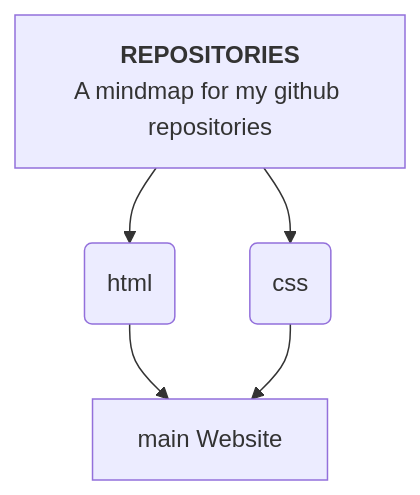
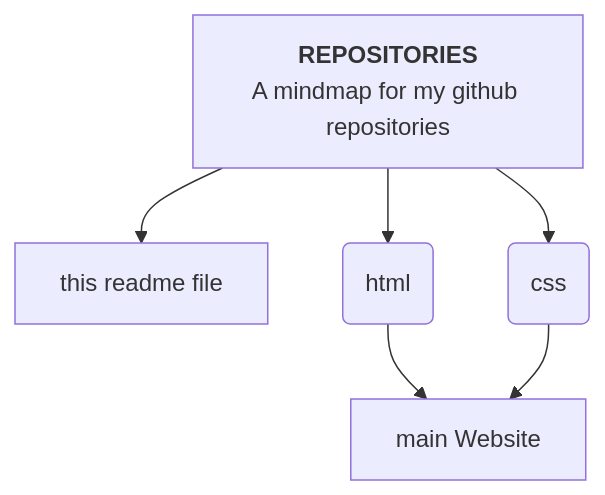
The diagram in README.md (ABHIJEETH-V-N/ABHIJEETH-V-N), drawn with Mermaid before and after one commit.

````diff
--- a/README.md
+++ b/README.md
@@ -11,10 +11,11 @@
 ```mermaid
 %%{init: {"flowchart": {"htmlLabels": false}} }%%
 flowchart TD
 markdown["`**REPOSITORIES**
-A mindmap for my github repositories`"]    
+A mindmap for my github repositories`"]
+markdown-->rm[this readme file] 
 markdown -->A(html)
 markdown-->B(css)
 A-->re1[main Website]
 B-->re1
 ```
````
